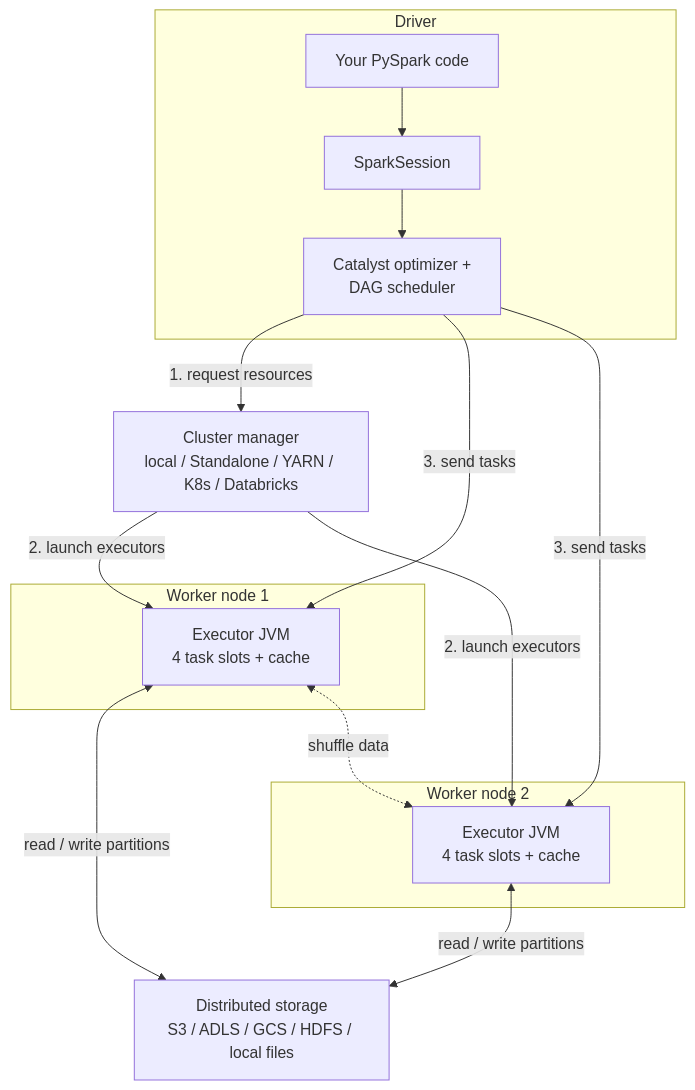
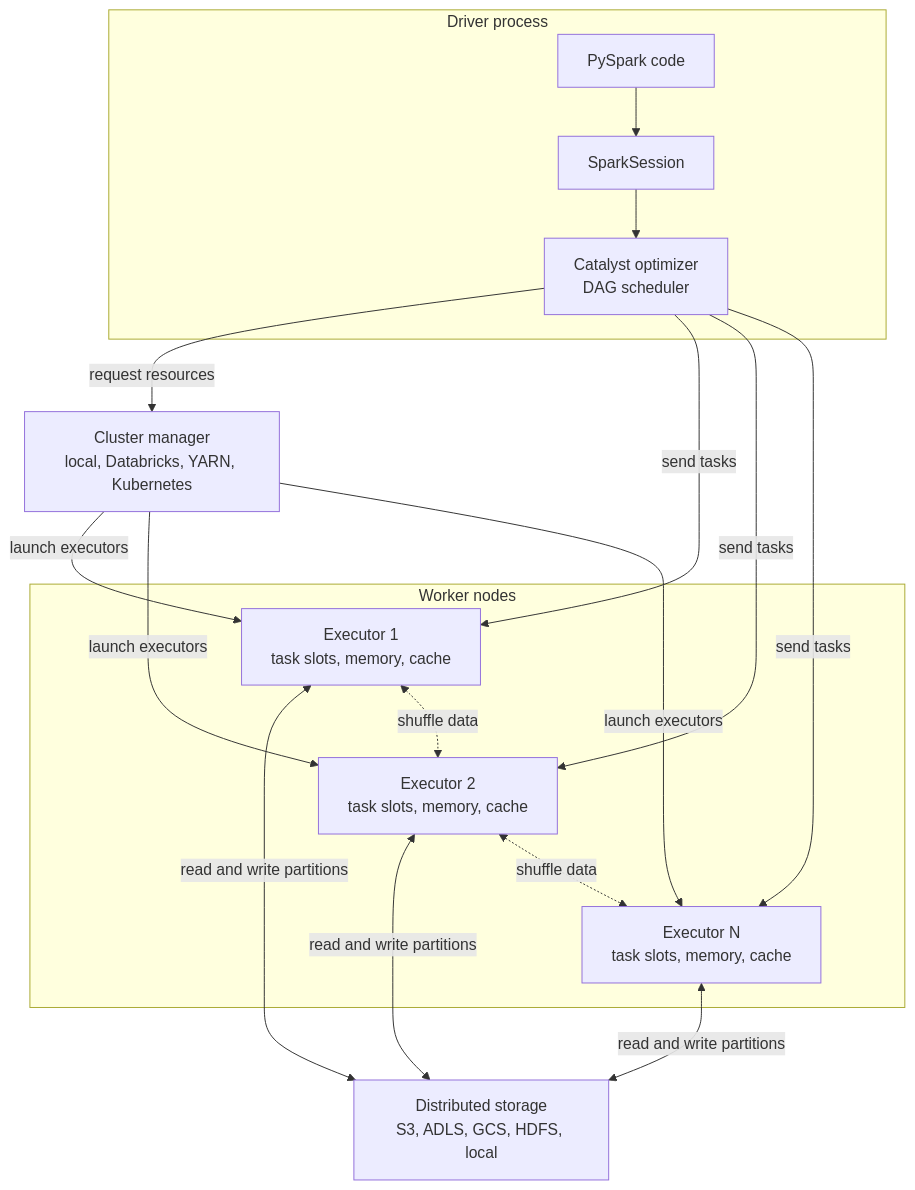
Before and after one commit to Ishan01official/spark-learning-lab: the diagram in diagrams/02_spark_architecture.md, drawn with Mermaid. The commit also changed other lines of this file and 64 other files, not shown here.

````diff
--- a/diagrams/02_spark_architecture.md
+++ b/diagrams/02_spark_architecture.md
@@ -19,29 +17,32 @@
 ```mermaid
 flowchart TB
-    subgraph DriverNode["Driver"]
-        App["Your PySpark code"]
-        SS["SparkSession"]
-        Plan["Catalyst optimizer +<br/>DAG scheduler"]
+    subgraph Driver["Driver process"]
+        Code["PySpark code"]
+        Session["SparkSession"]
+        Planner["Catalyst optimizer<br/>DAG scheduler"]
     end
 
-    CM["Cluster manager<br/>local / Standalone / YARN / K8s / Databricks"]
+    Manager["Cluster manager<br/>local, Databricks, YARN, Kubernetes"]
 
-    subgraph W1["Worker node 1"]
-        E1["Executor JVM<br/>4 task slots + cache"]
-    end
-    subgraph W2["Worker node 2"]
-        E2["Executor JVM<br/>4 task slots + cache"]
+    subgraph Workers["Worker nodes"]
+        E1["Executor 1<br/>task slots, memory, cache"]
+        E2["Executor 2<br/>task slots, memory, cache"]
+        E3["Executor N<br/>task slots, memory, cache"]
     end
 
-    Storage["Distributed storage<br/>S3 / ADLS / GCS / HDFS / local files"]
+    Storage["Distributed storage<br/>S3, ADLS, GCS, HDFS, local"]
 
-    App --> SS --> Plan
-    Plan -->|"1. request resources"| CM
-    CM -->|"2. launch executors"| E1
-    CM -->|"2. launch executors"| E2
-    Plan -->|"3. send tasks"| E1
-    Plan -->|"3. send tasks"| E2
-    E1 <-->|"read / write partitions"| Storage
-    E2 <-->|"read / write partitions"| Storage
+    Code --> Session --> Planner
+    Planner -->|"request resources"| Manager
+    Manager -->|"launch executors"| E1
+    Manager -->|"launch executors"| E2
+    Manager -->|"launch executors"| E3
+    Planner -->|"send tasks"| E1
+    Planner -->|"send tasks"| E2
+    Planner -->|"send tasks"| E3
+    E1 <-->|"read and write partitions"| Storage
+    E2 <-->|"read and write partitions"| Storage
+    E3 <-->|"read and write partitions"| Storage
     E1 <-.->|"shuffle data"| E2
+    E2 <-.->|"shuffle data"| E3
 ```
````
